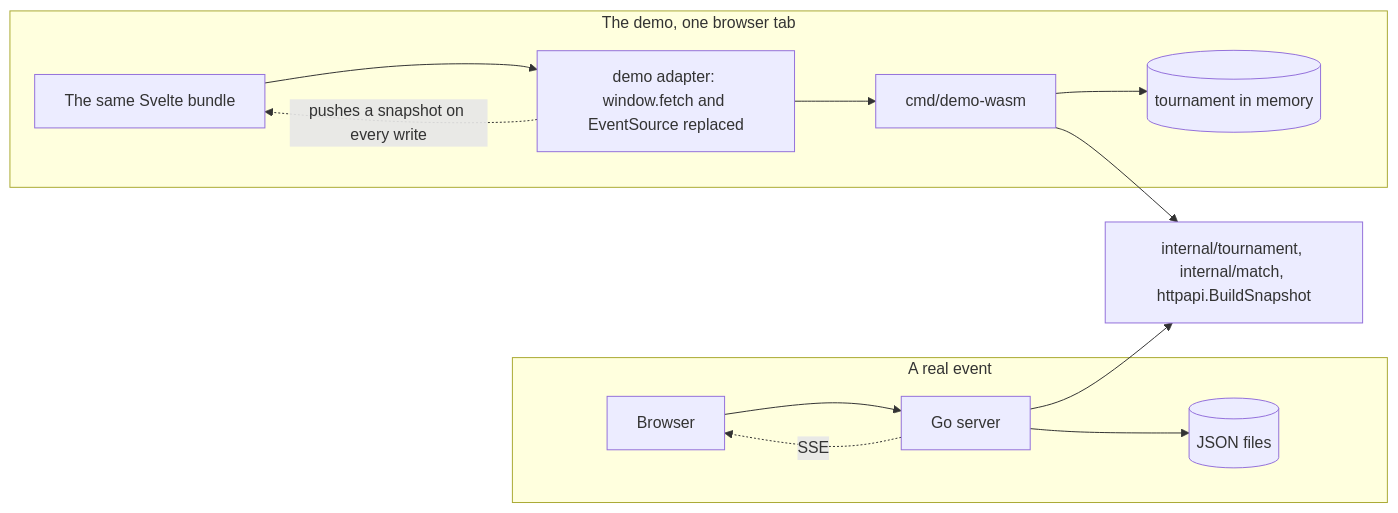
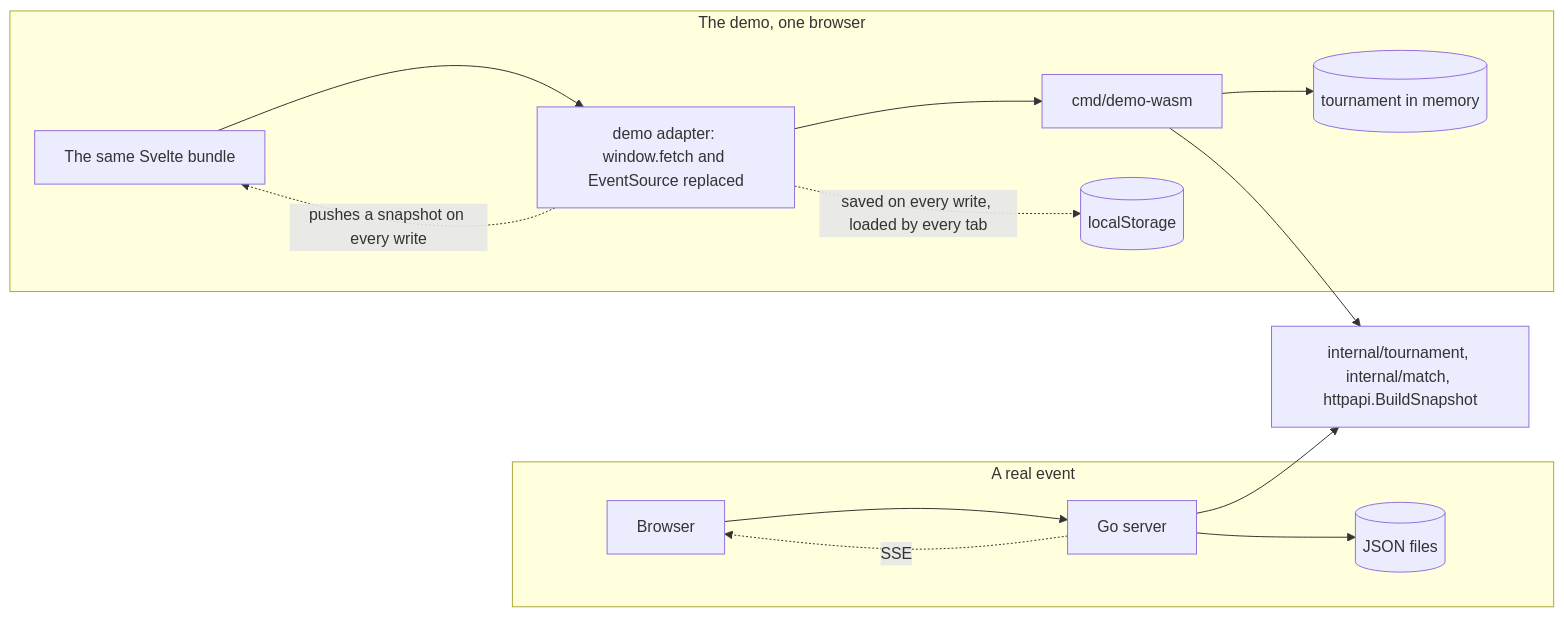
Before and after one commit to fylke/porta-di-ferro: the second of 9 diagrams in docs/architecture.md, drawn with Mermaid. The commit also changed other lines of this file and 4 other files, not shown here.

First line of the commit message:
Demo tabs share one tournament through localStorage

````diff
--- a/docs/architecture.md
+++ b/docs/architecture.md
@@ -53,15 +53,16 @@
 ```mermaid
 flowchart LR
     subgraph Event["A real event"]
         B1[Browser] --> S[Go server] --> F[(JSON files)]
         S -. SSE .-> B1
     end
-    subgraph Demo["The demo, one browser tab"]
+    subgraph Demo["The demo, one browser"]
         B2[The same Svelte bundle] --> A[demo adapter: window.fetch and EventSource replaced]
         A --> W[cmd/demo-wasm]
         W --> M[(tournament in memory)]
         A -. pushes a snapshot on every write .-> B2
+        A -. saved on every write, loaded by every tab .-> L[(localStorage)]
     end
     W --> T[internal/tournament, internal/match, httpapi.BuildSnapshot]
     S --> T
 ```
````
